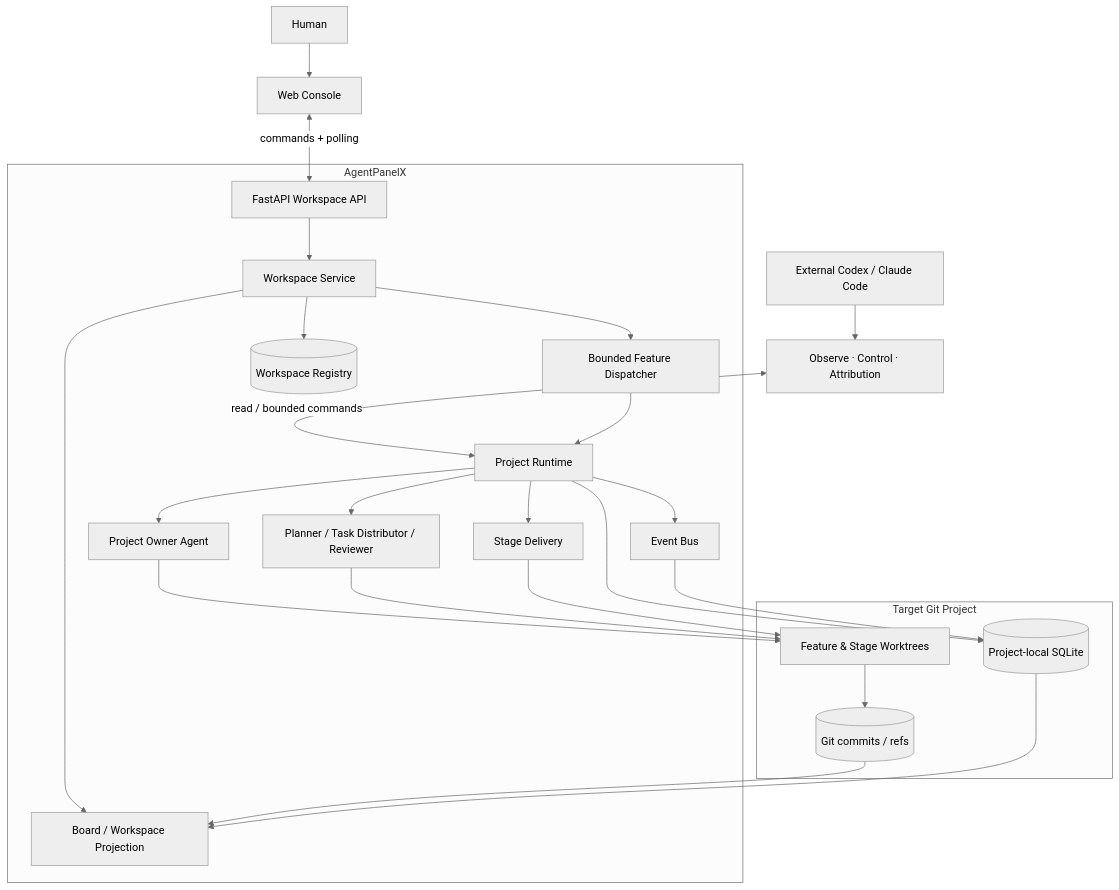
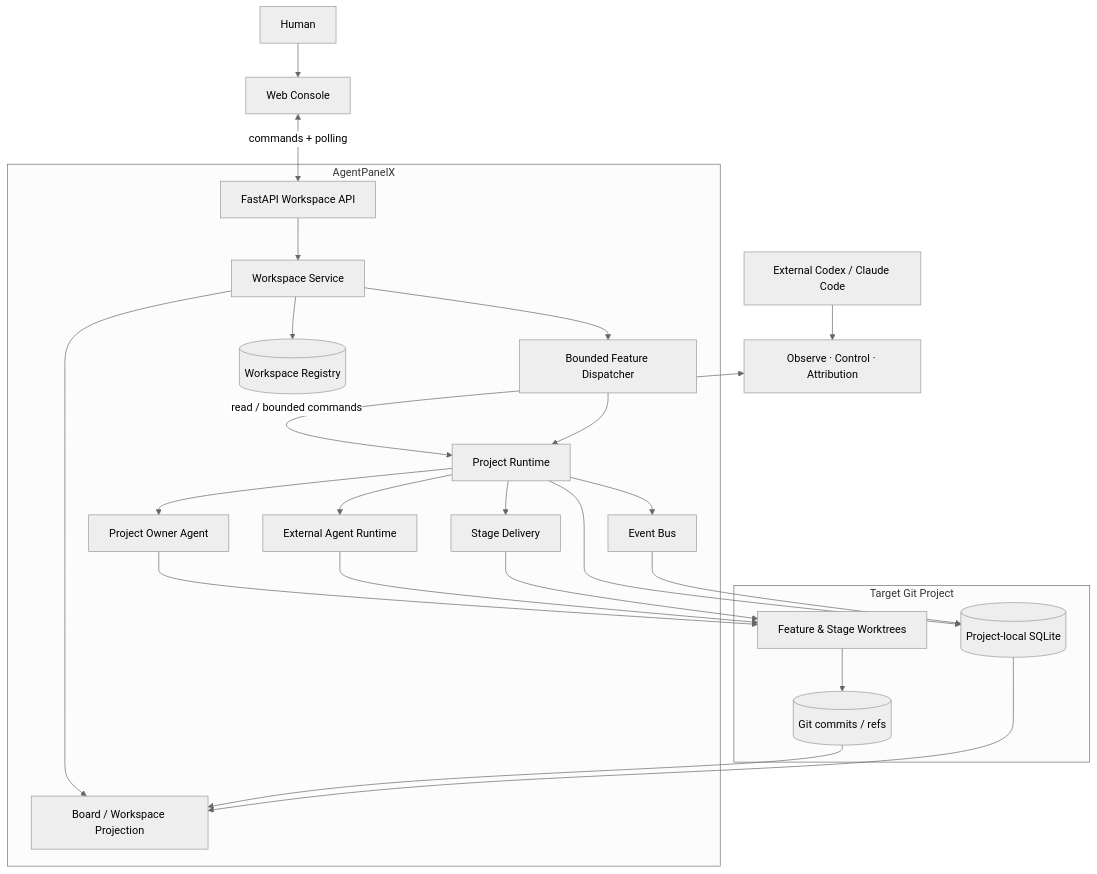
Before and after one commit to aowo-1345/AgentPanelX: the first of 11 diagrams in docs/architecture.md, drawn with Mermaid (neutral theme). The commit also changed other lines of this file and 36 other files, not shown here.

Commit message:
refactor: unify external multi-agent runtime

````diff
--- a/docs/architecture.md
+++ b/docs/architecture.md
@@ -16,48 +16,48 @@
 ```mermaid
 flowchart TB
     Human[Human]
     Browser[Web Console]
     External[External Codex / Claude Code]
     Skills[Observe · Control · Attribution]
 
     subgraph APX[AgentPanelX]
         API[FastAPI Workspace API]
         Workspace[Workspace Service]
         Dispatcher[Bounded Feature Dispatcher]
         Runtime[Project Runtime]
         Owner[Project Owner Agent]
-        Collaboration[Planner / Task Distributor / Reviewer]
+        Collaboration[External Agent Runtime]
         Delivery[Stage Delivery]
         Projection[Board / Workspace Projection]
         Bus[Event Bus]
         Registry[(Workspace Registry)]
     end
 
     subgraph Project[Target Git Project]
         Worktrees[Feature & Stage Worktrees]
         Git[(Git commits / refs)]
         SQLite[(Project-local SQLite)]
     end
 
     Human --> Browser
     Browser <-->|commands + polling| API
     External --> Skills
     Skills <-->|read / bounded commands| Runtime
     API --> Workspace
     Workspace --> Registry
     Workspace --> Dispatcher
     Workspace --> Projection
     Dispatcher --> Runtime
     Runtime --> Owner
     Runtime --> Collaboration
     Runtime --> Delivery
     Owner --> Worktrees
     Collaboration --> Worktrees
     Delivery --> Worktrees
     Worktrees --> Git
     Runtime --> SQLite
     Runtime --> Bus
     Bus --> SQLite
     Git --> Projection
     SQLite --> Projection
 ```
````
